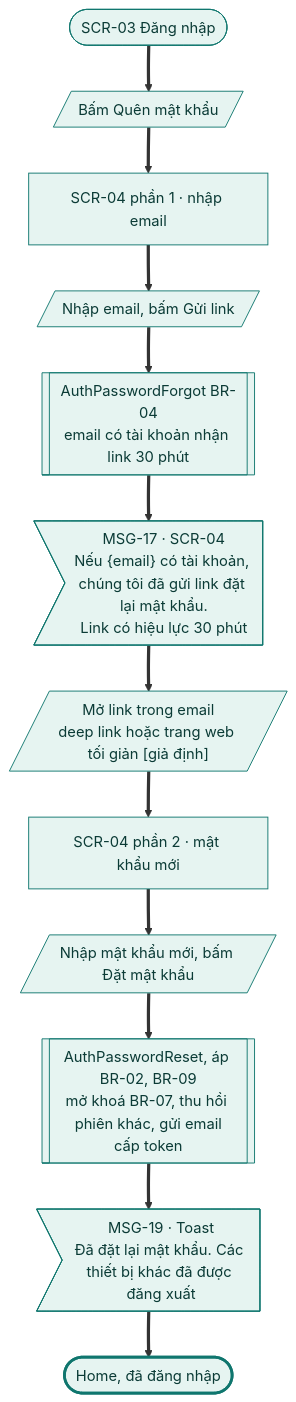
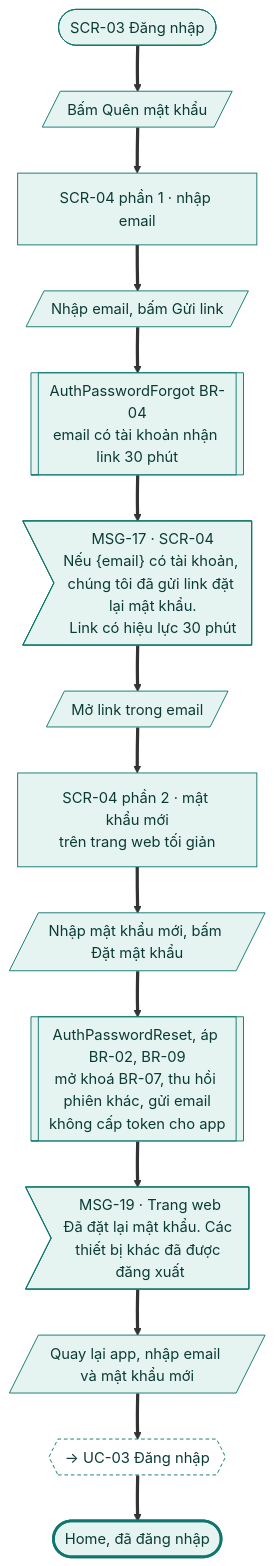
Before and after one commit to tannguyenho/personal-app: the ninth of 27 diagrams in docs/design-brief/flow/g01-tai-khoan.md, drawn with Mermaid. The commit also changed other lines of this file and 7 other files, not shown here.

First line of the commit message:
docs: sửa flow và SRS theo nguồn đã quyết (QC-08, tech, G08 A6, G10 nút Dừng)

````diff
--- a/docs/design-brief/flow/g01-tai-khoan.md
+++ b/docs/design-brief/flow/g01-tai-khoan.md
@@ -414,29 +414,32 @@
 ```mermaid
 flowchart TD
   start(["SCR-03 Đăng nhập"])
   u1[/"Bấm Quên mật khẩu"/]
   s1["SCR-04 phần 1 · nhập email"]
   u2[/"Nhập email, bấm Gửi link"/]
   p1[["AuthPasswordForgot BR-04<br/>email có tài khoản nhận link 30 phút"]]
   m1>"MSG-17 · SCR-04<br/>Nếu {email} có tài khoản, chúng tôi đã gửi link đặt lại mật khẩu.<br/>Link có hiệu lực 30 phút"]
-  u3[/"Mở link trong email<br/>deep link hoặc trang web tối giản [giả định]"/]
-  s2["SCR-04 phần 2 · mật khẩu mới"]
+  u3[/"Mở link trong email"/]
+  s2["SCR-04 phần 2 · mật khẩu mới<br/>trên trang web tối giản"]
   u4[/"Nhập mật khẩu mới, bấm Đặt mật khẩu"/]
-  p2[["AuthPasswordReset, áp BR-02, BR-09<br/>mở khoá BR-07, thu hồi phiên khác, gửi email<br/>cấp token"]]
-  m2>"MSG-19 · Toast<br/>Đã đặt lại mật khẩu. Các thiết bị khác đã được đăng xuất"]
+  p2[["AuthPasswordReset, áp BR-02, BR-09<br/>mở khoá BR-07, thu hồi phiên khác, gửi email<br/>không cấp token cho app"]]
+  m2>"MSG-19 · Trang web<br/>Đã đặt lại mật khẩu. Các thiết bị khác đã được đăng xuất"]
+  u5[/"Quay lại app, nhập email và mật khẩu mới"/]
+  x1{{"→ UC-03 Đăng nhập"}}
   ok(["Home, đã đăng nhập"])
 
-  start ==> u1 ==> s1 ==> u2 ==> p1 ==> m1 ==> u3 ==> s2 ==> u4 ==> p2 ==> m2 ==> ok
+  start ==> u1 ==> s1 ==> u2 ==> p1 ==> m1 ==> u3 ==> s2 ==> u4 ==> p2 ==> m2 ==> u5 ==> x1 ==> ok
 
-  class start,u1,s1,u2,p1,m1,u3,s2,u4,p2,m2 happy
+  class start,u1,s1,u2,p1,m1,u3,s2,u4,p2,m2,u5 happy
+  class x1 link
   class ok done
   classDef happy fill:#E6F4F1,stroke:#0F766E,color:#0B3B36
   classDef alt fill:#F1F3F5,stroke:#6B7280,color:#1F2937
   classDef err fill:#FDECEC,stroke:#B42318,color:#5C1010
   classDef warn fill:#FEF4E2,stroke:#B45309,color:#4A2604
   classDef ai fill:#F1ECFD,stroke:#6D28D9,color:#2E1065
   classDef sync fill:#FFFFFF,stroke:#6B7280,stroke-dasharray:4 3,color:#1F2937
   classDef link fill:#FFFFFF,stroke:#0F766E,stroke-dasharray:4 3,color:#0B3B36
   classDef done fill:#E6F4F1,stroke:#0F766E,stroke-width:3px,color:#0B3B36
   classDef fail fill:#FDECEC,stroke:#B42318,stroke-width:3px,color:#5C1010
 ```
````
